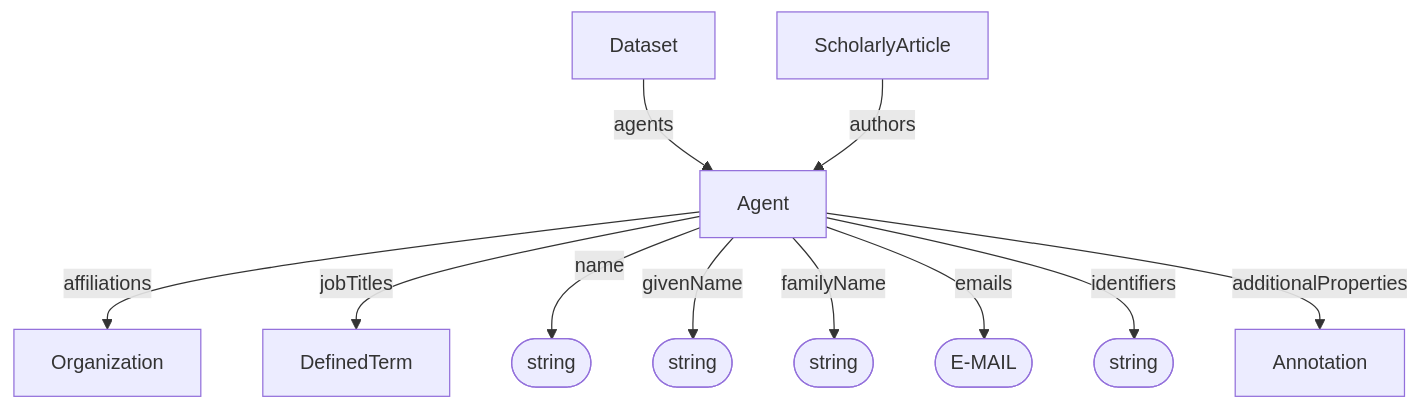
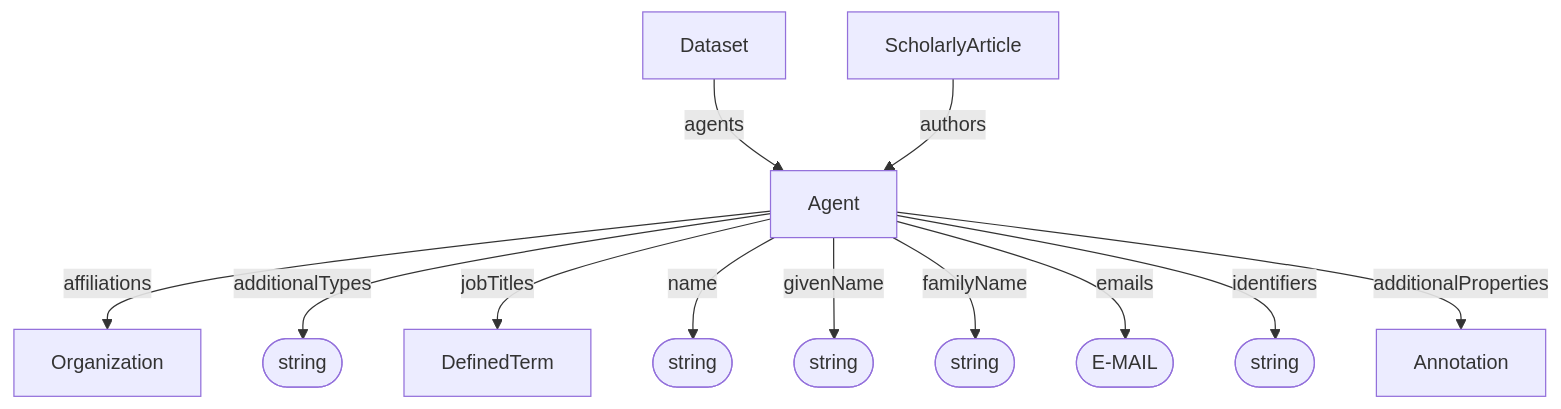
One commit to HLWeil/ARC-base-model changed the diagram in docs/spec/administrative/Agent.md. Above: the diagram before and after it, drawn with Mermaid. The commit also changed other lines of this file and 25 other files, not shown here.

````diff
--- a/docs/spec/administrative/Agent.md
+++ b/docs/spec/administrative/Agent.md
@@ -35,20 +36,23 @@
 ```mermaid
 flowchart TD
+
+    additionalTypes@{ shape: stadium, label: "string" }
 
     n@{ shape: stadium, label: "string" }
     gn@{ shape: stadium, label: "string" }
     fn@{ shape: stadium, label: "string" }
     e@{ shape: stadium, label: "E-MAIL" }
     i@{ shape: stadium, label: "string" }
 
     Dataset --agents--> Agent
     ScholarlyArticle --authors--> Agent
     Agent --affiliations--> Organization
+    Agent --additionalTypes--> additionalTypes
     Agent --jobTitles--> DefinedTerm
     Agent --name--> n
     Agent --givenName--> gn
     Agent --familyName--> fn
     Agent --emails--> e
     Agent --identifiers--> i
     Agent --additionalProperties--> Annotation
 ```
````
